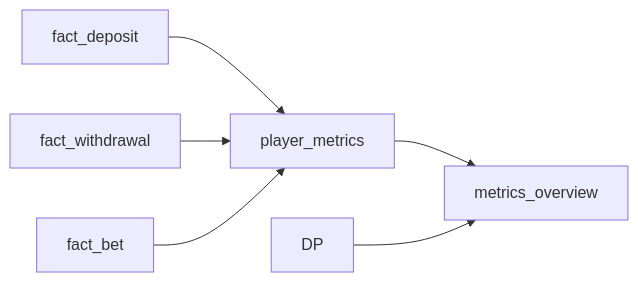
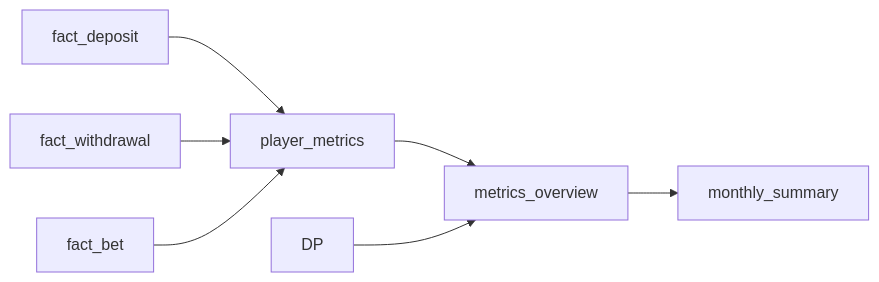
The diagram in docs/dwh/diagrams/02_logical_model.md (kulakovsemen27/airflow-dbt-pipeline), drawn with Mermaid before and after one commit. The commit also changed other lines of this file and 4 other files, not shown here.

Commit message:
Created view with monthly summary

````diff
--- a/docs/dwh/diagrams/02_logical_model.md
+++ b/docs/dwh/diagrams/02_logical_model.md
@@ -119,8 +133,9 @@
 ```mermaid
 flowchart LR
     FD["fact_deposit"] --> PM["player_metrics"]
     FW["fact_withdrawal"] --> PM
     FB["fact_bet"] --> PM
     PM --> MO["metrics_overview"]
     DP --> MO
+    MO --> MS["monthly_summary"]
 ```
````
